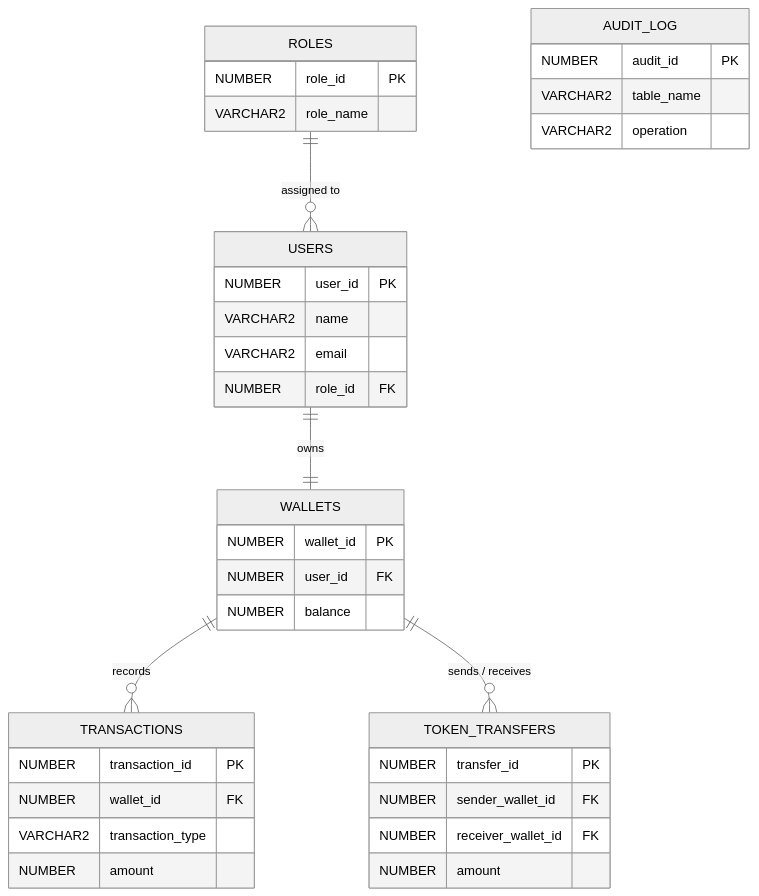
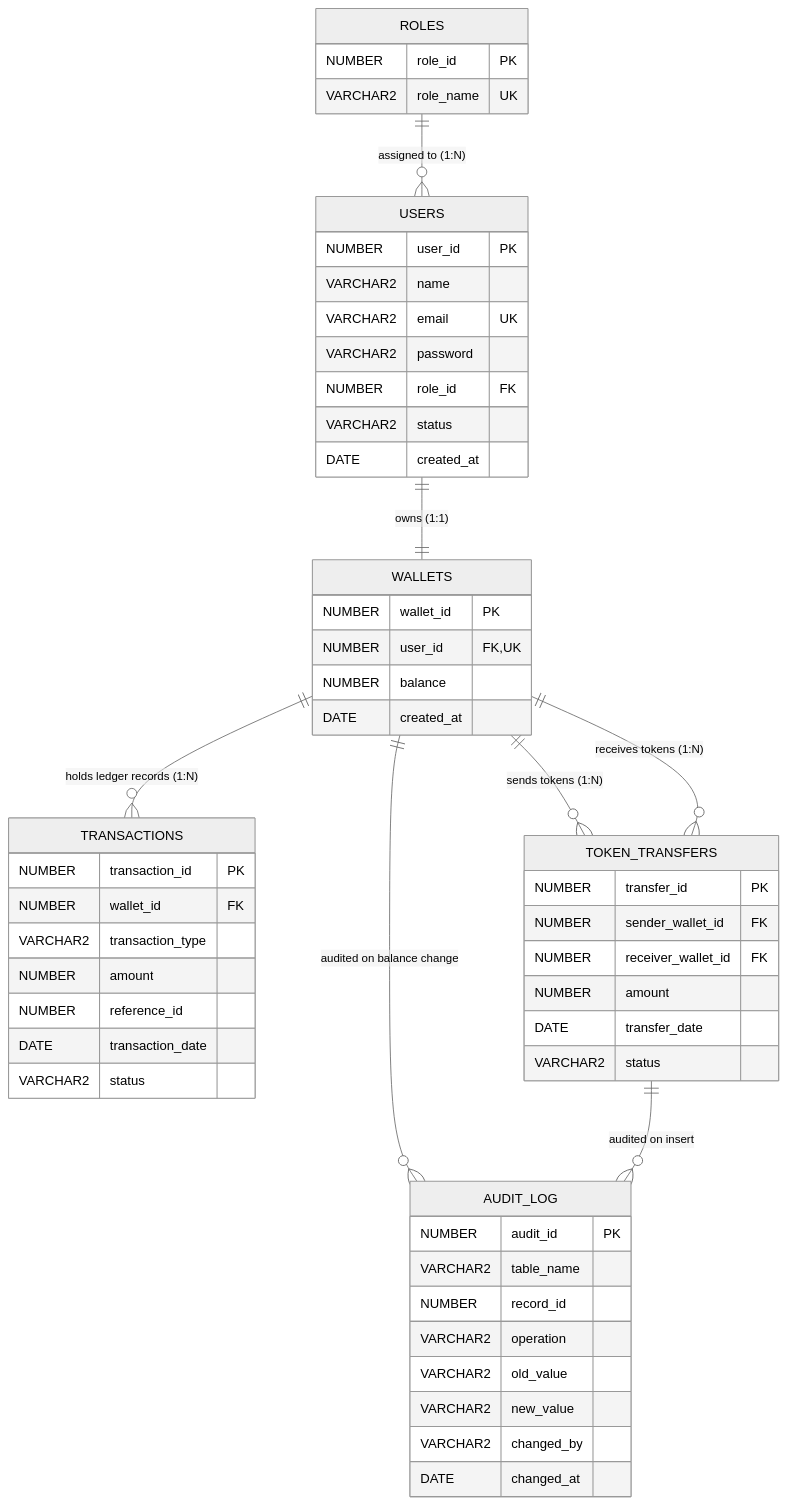
The second of 2 diagrams in README.md (Athrv-DxT/DBMS-Project), drawn with Mermaid (neutral theme) before and after one commit. The commit also changed other lines of this file, not shown here.

````diff
--- a/README.md
+++ b/README.md
@@ -21,40 +144,62 @@
 ```mermaid
 erDiagram
-    ROLES ||--o{ USERS : "assigned to"
-    USERS ||--|| WALLETS : "owns"
-    WALLETS ||--o{ TRANSACTIONS : "records"
-    WALLETS ||--o{ TOKEN_TRANSFERS : "sends / receives"
-    
+    ROLES ||--o{ USERS : "assigned to (1:N)"
+    USERS ||--|| WALLETS : "owns (1:1)"
+    WALLETS ||--o{ TRANSACTIONS : "holds ledger records (1:N)"
+    WALLETS ||--o{ TOKEN_TRANSFERS : "sends tokens (1:N)"
+    WALLETS ||--o{ TOKEN_TRANSFERS : "receives tokens (1:N)"
+    WALLETS ||--o{ AUDIT_LOG : "audited on balance change"
+    TOKEN_TRANSFERS ||--o{ AUDIT_LOG : "audited on insert"
+
     ROLES {
         NUMBER role_id PK
-        VARCHAR2 role_name
+        VARCHAR2 role_name UK
     }
+
     USERS {
         NUMBER user_id PK
         VARCHAR2 name
-        VARCHAR2 email
+        VARCHAR2 email UK
+        VARCHAR2 password
         NUMBER role_id FK
+        VARCHAR2 status
+        DATE created_at
     }
+
     WALLETS {
         NUMBER wallet_id PK
-        NUMBER user_id FK
+        NUMBER user_id FK, UK
         NUMBER balance
+        DATE created_at
     }
+
     TOKEN_TRANSFERS {
         NUMBER transfer_id PK
         NUMBER sender_wallet_id FK
         NUMBER receiver_wallet_id FK
         NUMBER amount
+        DATE transfer_date
+        VARCHAR2 status
     }
+
     TRANSACTIONS {
         NUMBER transaction_id PK
         NUMBER wallet_id FK
         VARCHAR2 transaction_type
         NUMBER amount
+        NUMBER reference_id
+        DATE transaction_date
+        VARCHAR2 status
     }
+
     AUDIT_LOG {
         NUMBER audit_id PK
         VARCHAR2 table_name
+        NUMBER record_id
         VARCHAR2 operation
+        VARCHAR2 old_value
+        VARCHAR2 new_value
+        VARCHAR2 changed_by
+        DATE changed_at
     }
 ```
````
